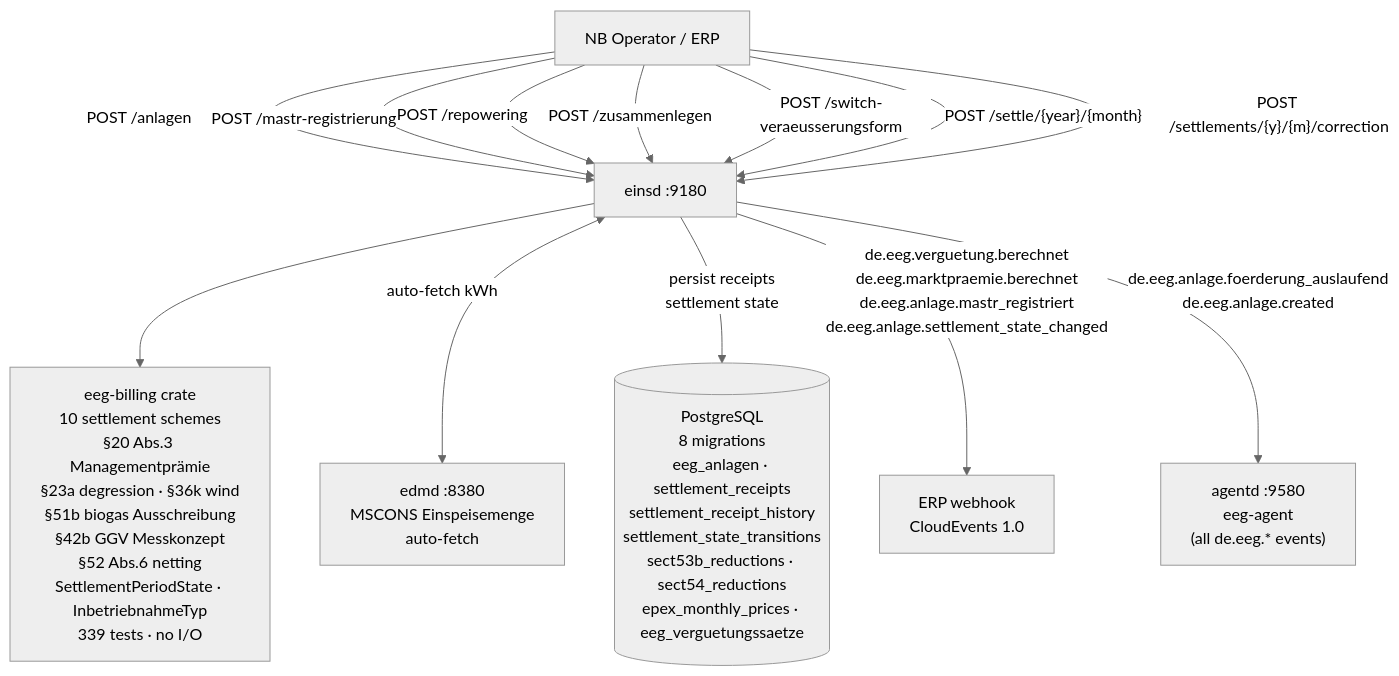
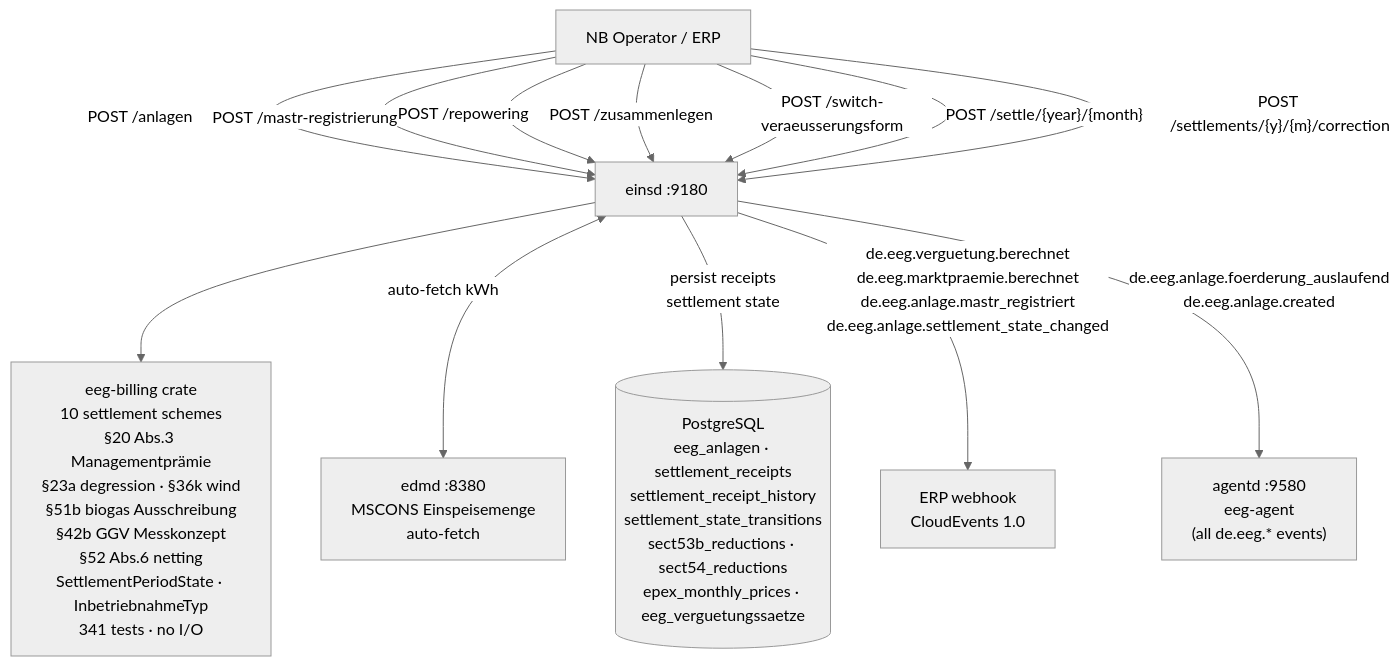
The first of 8 diagrams in docs/einsd.md (hupe1980/mako), drawn with Mermaid (neutral theme) before and after one commit. The commit also changed other lines of this file and 147 other files, not shown here.

````diff
--- a/docs/einsd.md
+++ b/docs/einsd.md
@@ -30,23 +30,23 @@
 ```mermaid
 graph TB
     Operator["NB Operator / ERP"]
     edmd["edmd :8380\nMSCONS Einspeisemenge\nauto-fetch"]
     einsd["einsd :9180"]
-    eeg_billing["eeg-billing crate\n10 settlement schemes\n§20 Abs.3 Managementprämie\n§23a degression · §36k wind\n§51b biogas Ausschreibung\n§42b GGV Messkonzept\n§52 Abs.6 netting\nSettlementPeriodState · InbetriebnahmeTyp\n339 tests · no I/O"]
-    db[("PostgreSQL\n8 migrations\neeg_anlagen · settlement_receipts\nsettlement_receipt_history\nsettlement_state_transitions\nsect53b_reductions · sect54_reductions\nepex_monthly_prices · eeg_verguetungssaetze")]
+    eeg_billing["eeg-billing crate\n10 settlement schemes\n§20 Abs.3 Managementprämie\n§23a degression · §36k wind\n§51b biogas Ausschreibung\n§42b GGV Messkonzept\n§52 Abs.6 netting\nSettlementPeriodState · InbetriebnahmeTyp\n341 tests · no I/O"]
+    db[("PostgreSQL\neeg_anlagen · settlement_receipts\nsettlement_receipt_history\nsettlement_state_transitions\nsect53b_reductions · sect54_reductions\nepex_monthly_prices · eeg_verguetungssaetze")]
     erp["ERP webhook\nCloudEvents 1.0"]
     agentd["agentd :9580\neeg-agent\n(all de.eeg.* events)"]
 
     Operator -->|"POST /anlagen"| einsd
     Operator -->|"POST /mastr-registrierung"| einsd
     Operator -->|"POST /repowering"| einsd
     Operator -->|"POST /zusammenlegen"| einsd
     Operator -->|"POST /switch-veraeusserungsform"| einsd
     Operator -->|"POST /settle/{year}/{month}"| einsd
     Operator -->|"POST /settlements/{y}/{m}/correction"| einsd
     einsd --> eeg_billing
     einsd <-->|"auto-fetch kWh"| edmd
     einsd -->|"persist receipts\nsettlement state"| db
     einsd -->|"de.eeg.verguetung.berechnet\nde.eeg.marktpraemie.berechnet\nde.eeg.anlage.mastr_registriert\nde.eeg.anlage.settlement_state_changed"| erp
     einsd -->|"de.eeg.anlage.foerderung_auslaufend\nde.eeg.anlage.created"| agentd
 ```
````
